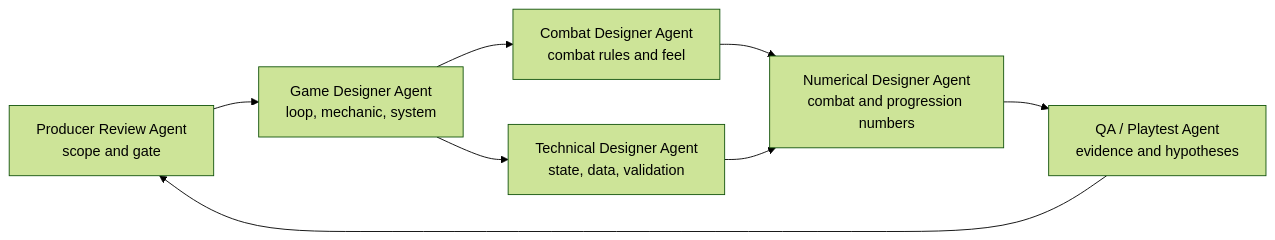
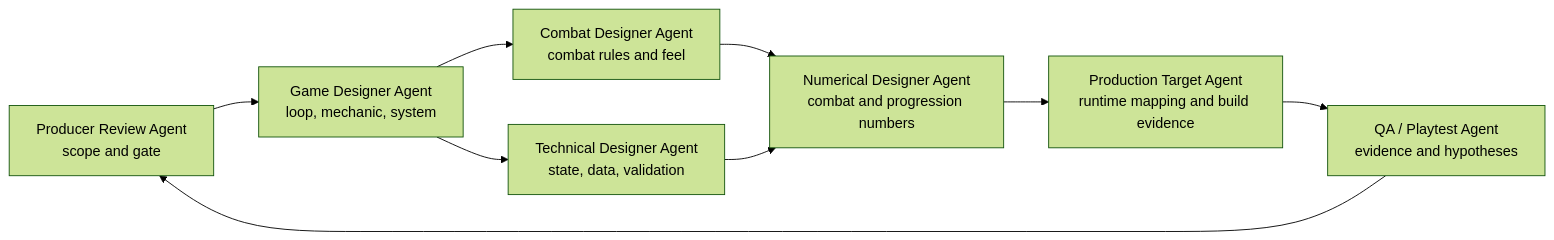
Before and after one commit to wikieden/MuseGameWorkshop: the diagram in docs/muse-game-workshop-docs/agent-skill-composition.en.md, drawn with Mermaid (forest theme). The commit also changed other lines of this file and 101 other files, not shown here.

````diff
--- a/docs/muse-game-workshop-docs/agent-skill-composition.en.md
+++ b/docs/muse-game-workshop-docs/agent-skill-composition.en.md
@@ -58,10 +64,11 @@
 ```mermaid
 flowchart LR
   A["Producer Review Agent\nscope and gate"] --> B["Game Designer Agent\nloop, mechanic, system"]
   B --> C["Combat Designer Agent\ncombat rules and feel"]
   B --> D["Technical Designer Agent\nstate, data, validation"]
   C --> E["Numerical Designer Agent\ncombat and progression numbers"]
   D --> E
-  E --> F["QA / Playtest Agent\nevidence and hypotheses"]
-  F --> A
+  E --> F["Production Target Agent\nruntime mapping and build evidence"]
+  F --> G["QA / Playtest Agent\nevidence and hypotheses"]
+  G --> A
 ```
````
